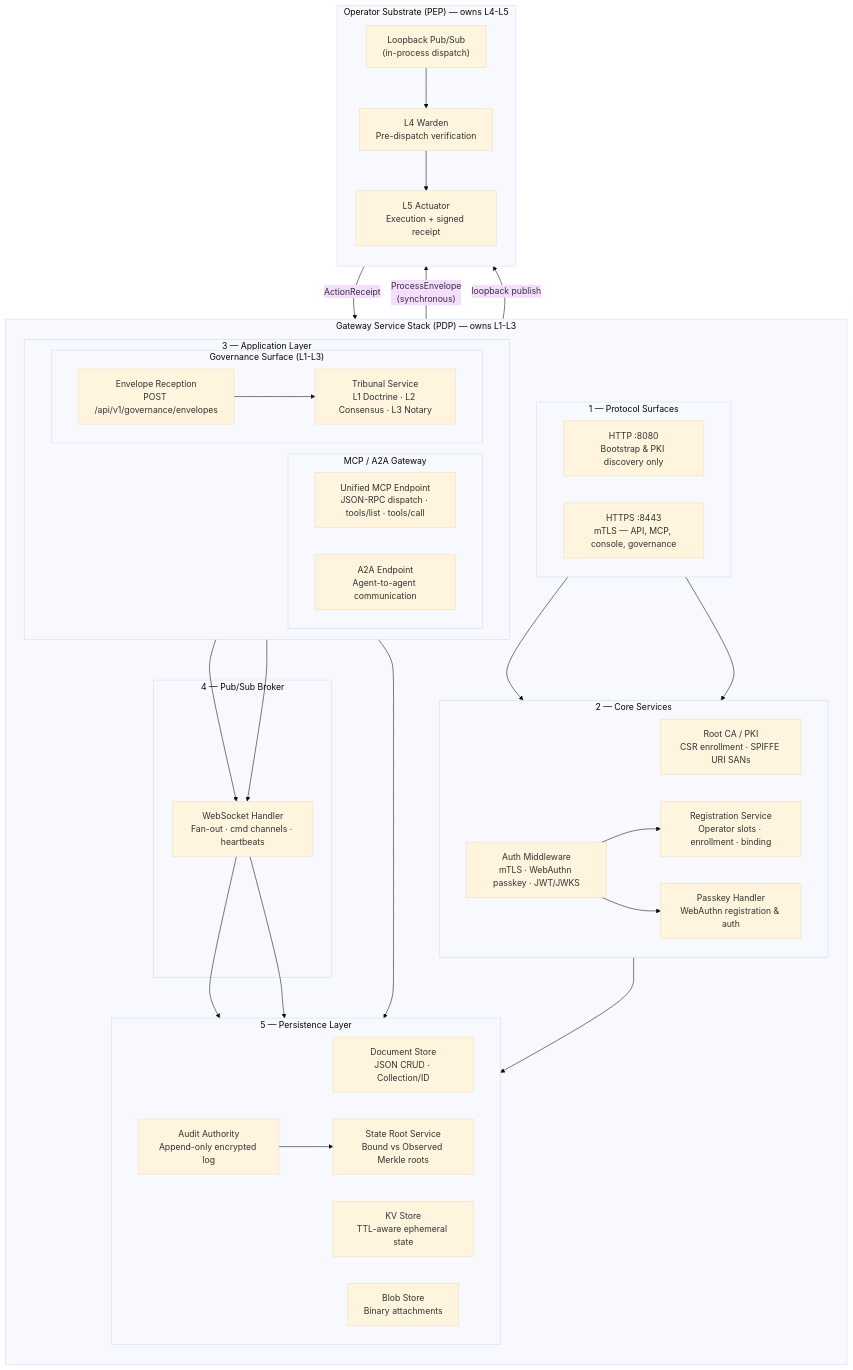
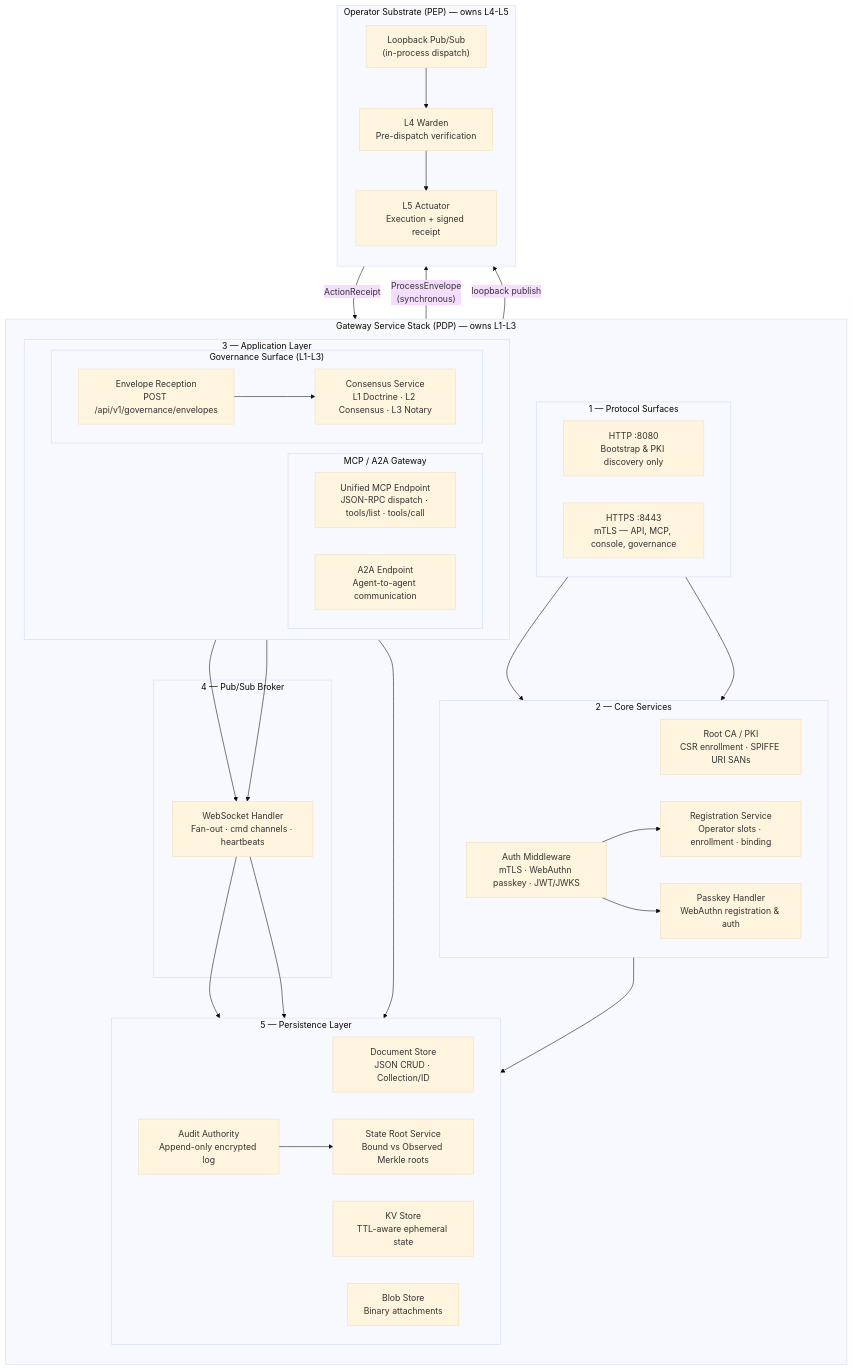
One commit to g8e-ai/g8e changed the diagram in docs/diagrams/graph-gateway-services.md. Above: the diagram before and after it, drawn with Mermaid (base theme). The commit also changed other lines of this file and 234 other files, not shown here.

````diff
--- a/docs/diagrams/graph-gateway-services.md
+++ b/docs/diagrams/graph-gateway-services.md
@@ -7,73 +7,73 @@
 ```mermaid
 graph TD
     subgraph GatewayServices ["Gateway Service Stack (PDP) — owns L1-L3"]
         direction TB
 
         subgraph Edge ["1 — Protocol Surfaces"]
             direction LR
             HTTP["HTTP :8080<br/>Bootstrap & PKI discovery only"]
             HTTPS["HTTPS :8443<br/>mTLS — API, MCP, console, governance"]
         end
 
         subgraph Core ["2 — Core Services"]
             direction LR
             PKI["Root CA / PKI<br/>CSR enrollment · SPIFFE URI SANs"]
             Auth["Auth Middleware<br/>mTLS · WebAuthn passkey · JWT/JWKS"]
             Reg["Registration Service<br/>Operator slots · enrollment · binding"]
             Passkey["Passkey Handler<br/>WebAuthn registration & auth"]
         end
 
         subgraph AppLayer ["3 — Application Layer"]
             direction LR
             subgraph MCP ["MCP / A2A Gateway"]
                 MCPEndpoint["Unified MCP Endpoint<br/>JSON-RPC dispatch · tools/list · tools/call"]
                 A2A["A2A Endpoint<br/>Agent-to-agent communication"]
             end
             subgraph Governance ["Governance Surface (L1-L3)"]
                 EnvelopeRx["Envelope Reception<br/>POST /api/v1/governance/envelopes"]
-                Tribunal["Tribunal Service<br/>L1 Doctrine · L2 Consensus · L3 Notary"]
+                Consensus["Consensus Service<br/>L1 Doctrine · L2 Consensus · L3 Notary"]
             end
         end
 
         subgraph Broker ["4 — Pub/Sub Broker"]
             WSSHandler["WebSocket Handler<br/>Fan-out · cmd channels · heartbeats"]
         end
 
         subgraph Data ["5 — Persistence Layer"]
             direction LR
             DocStore["Document Store<br/>JSON CRUD · Collection/ID"]
             KVStore["KV Store<br/>TTL-aware ephemeral state"]
             BlobStore["Blob Store<br/>Binary attachments"]
             AuditDB["Audit Authority<br/>Append-only encrypted log"]
             StateRoot["State Root Service<br/>Bound vs Observed Merkle roots"]
         end
 
         HTTP --> PKI
         HTTPS --> Auth
         Auth --> Reg
         Auth --> Passkey
         Reg --> DocStore
 
-        EnvelopeRx --> Tribunal
-        Tribunal --> StateRoot
+        EnvelopeRx --> Consensus
+        Consensus --> StateRoot
 
         MCPEndpoint --> WSSHandler
         A2A --> WSSHandler
         WSSHandler --> DocStore
         WSSHandler --> StateRoot
 
         AuditDB --> StateRoot
     end
 
     subgraph OperatorSubstrate ["Operator Substrate (PEP) — owns L4-L5"]
         direction TB
         LoopbackBridge["Loopback Pub/Sub<br/>(in-process dispatch)"]
         Warden["L4 Warden<br/>Pre-dispatch verification"]
         Actuator["L5 Actuator<br/>Execution + signed receipt"]
         LoopbackBridge --> Warden --> Actuator
     end
 
     EnvelopeRx -- "ProcessEnvelope<br/>(synchronous)" --> LoopbackBridge
     WSSHandler -- "loopback publish" --> LoopbackBridge
     Actuator -- "ActionReceipt" --> AuditDB
 ```
````
